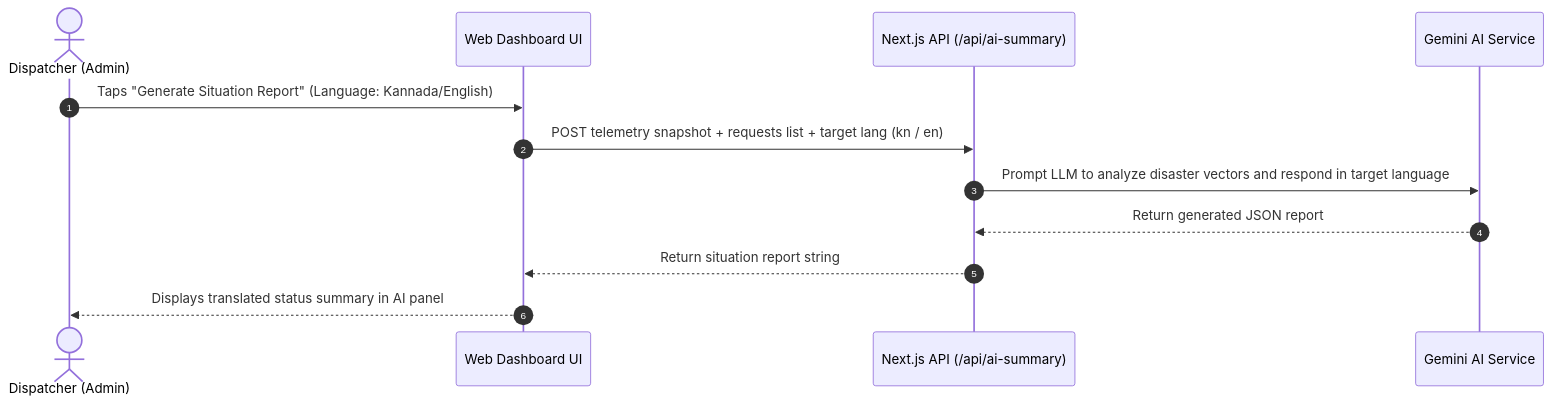
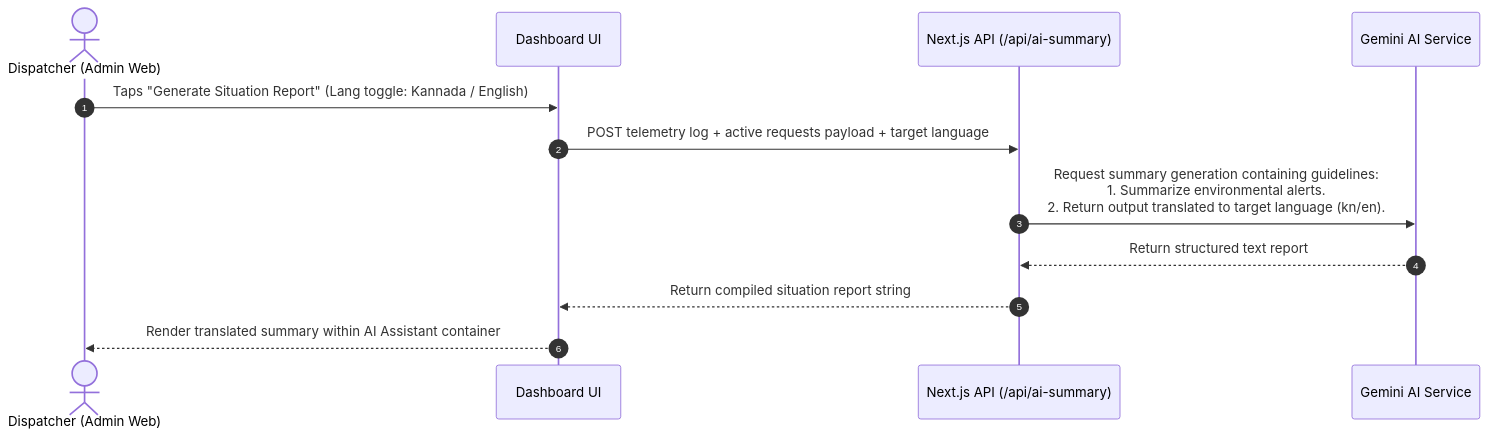
Before and after one commit to bharathkumar000/RESQLINK: the fifth of 5 diagrams in SYSTEM_ARCHITECTURE.md, drawn with Mermaid. The commit also changed other lines of this file, not shown here.

Commit message:
docs(system): Update SYSTEM_ARCHITECTURE.md to unify all hardware, mobile, database and web modules

````diff
--- a/SYSTEM_ARCHITECTURE.md
+++ b/SYSTEM_ARCHITECTURE.md
@@ -165,15 +231,15 @@
 ```mermaid
 sequenceDiagram
     autonumber
-    actor Disp as Dispatcher (Admin)
-    participant UI as Web Dashboard UI
+    actor Disp as Dispatcher (Admin Web)
+    participant UI as Dashboard UI
     participant Server as Next.js API (/api/ai-summary)
     participant Gemini as Gemini AI Service
 
-    Disp->>UI: Taps "Generate Situation Report" (Language: Kannada/English)
-    UI->>Server: POST telemetry snapshot + requests list + target lang (kn / en)
-    Server->>Gemini: Prompt LLM to analyze disaster vectors and respond in target language
-    Gemini-->>Server: Return generated JSON report
-    Server-->>UI: Return situation report string
-    UI-->>Disp: Displays translated status summary in AI panel
+    Disp->>UI: Taps "Generate Situation Report" (Lang toggle: Kannada / English)
+    UI->>Server: POST telemetry log + active requests payload + target language
+    Server->>Gemini: Request summary generation containing guidelines:<br/>1. Summarize environmental alerts.<br/>2. Return output translated to target language (kn/en).
+    Gemini-->>Server: Return structured text report
+    Server-->>UI: Return compiled situation report string
+    UI-->>Disp: Render translated summary within AI Assistant container
 ```
````
